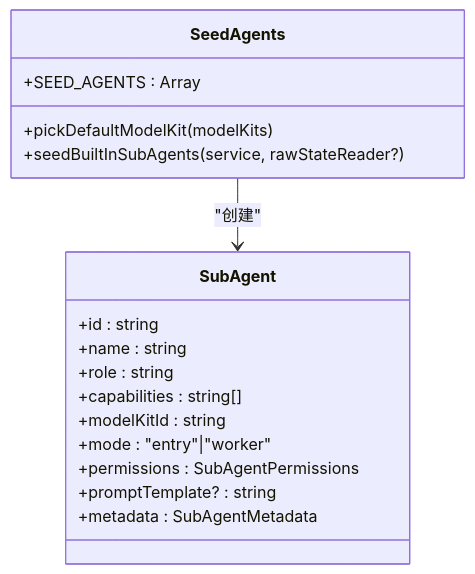
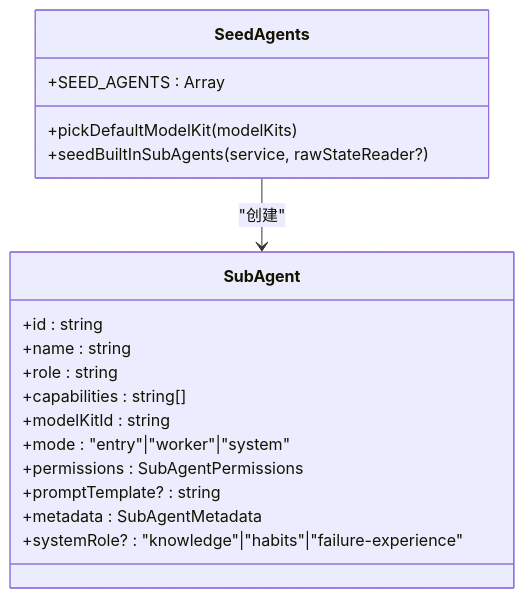
Diagram 13 of 14 in .qoder/repowiki/zh/content/Agent 后端系统/Agent 后端系统.md (coconilu/RepoHelm), drawn with Mermaid before and after one commit. The commit also changed other lines of this file and 12 other files, not shown here.

````diff
--- a/.qoder/repowiki/zh/content/Agent 后端系统/Agent 后端系统.md
+++ b/.qoder/repowiki/zh/content/Agent 后端系统/Agent 后端系统.md
@@ -548,20 +723,21 @@
 ```mermaid
 classDiagram
 class SeedAgents {
 +SEED_AGENTS : Array
 +pickDefaultModelKit(modelKits)
 +seedBuiltInSubAgents(service, rawStateReader?)
 }
 class SubAgent {
 +id : string
 +name : string
 +role : string
 +capabilities : string[]
 +modelKitId : string
-+mode : "entry"|"worker"
++mode : "entry"|"worker"|"system"
 +permissions : SubAgentPermissions
 +promptTemplate? : string
 +metadata : SubAgentMetadata
++systemRole? : "knowledge"|"habits"|"failure-experience"
 }
 SeedAgents --> SubAgent : "创建"
 ```
````
